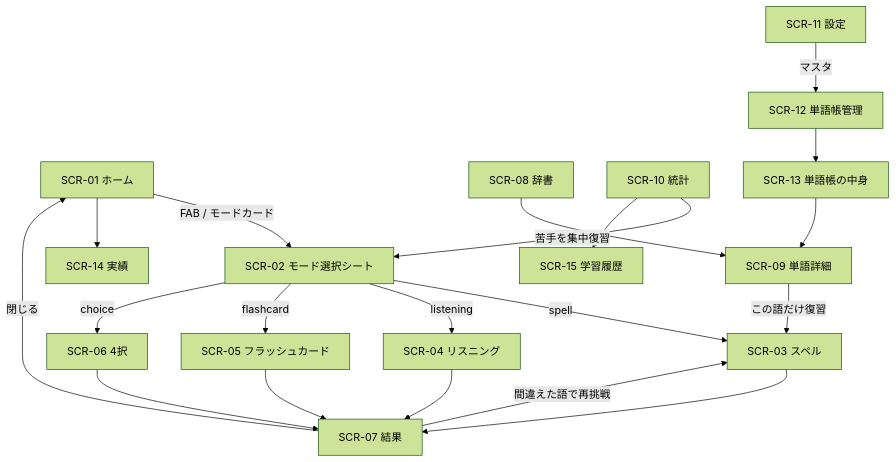
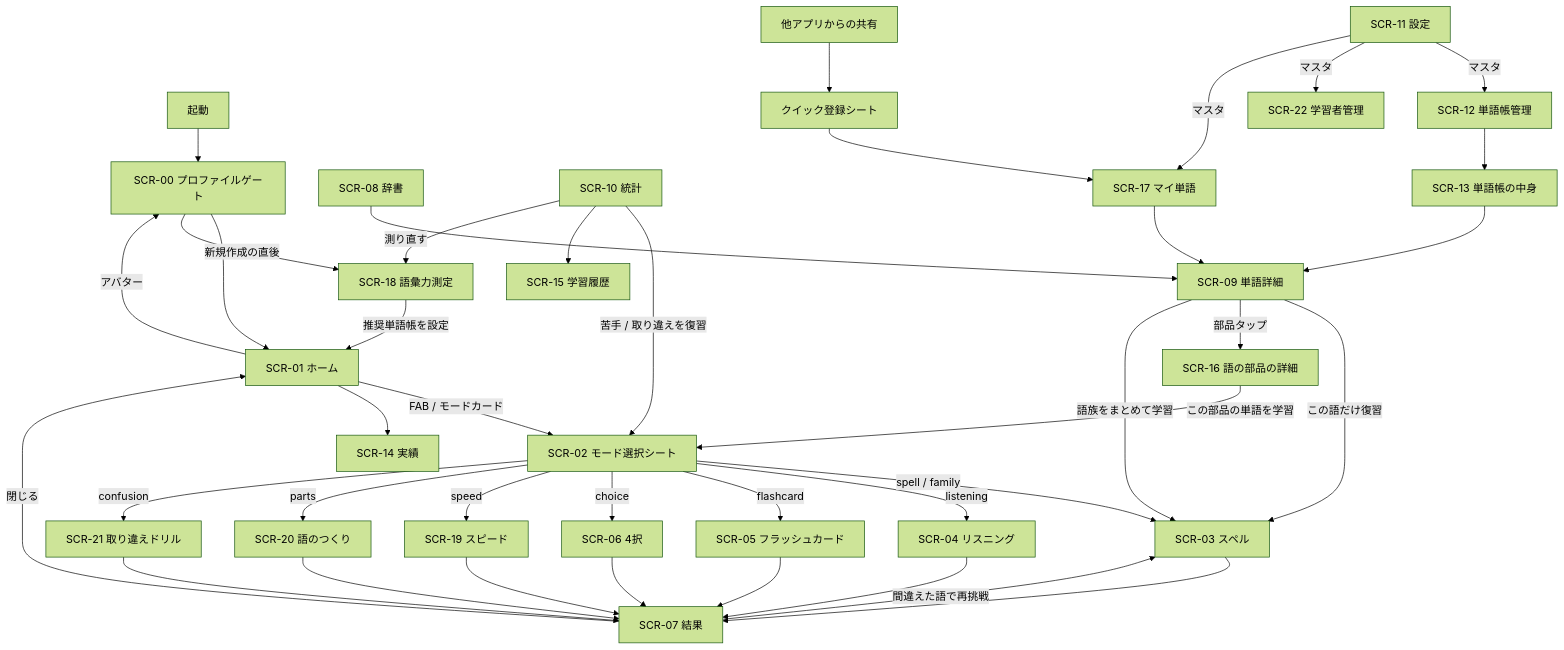
One commit to t2k2pp/encello changed the first of 2 diagrams in Docs/04_screens_and_flows.md. Above: the diagram before and after it, drawn with Mermaid (forest theme). The commit also changed other lines of this file and 29 other files, not shown here.

````diff
--- a/Docs/04_screens_and_flows.md
+++ b/Docs/04_screens_and_flows.md
@@ -42,22 +51,41 @@
 ```mermaid
 flowchart TD
-  SCR01[SCR-01 ホーム] -->|FAB / モードカード| SCR02[SCR-02 モード選択シート]
-  SCR02 -->|spell| SCR03[SCR-03 スペル]
+  BOOT[起動] --> SCR00[SCR-00 プロファイルゲート]
+  SCR00 --> SCR01[SCR-01 ホーム]
+  SCR00 -->|新規作成の直後| SCR18[SCR-18 語彙力測定]
+  SCR18 -->|推奨単語帳を設定| SCR01
+  SCR01 -->|アバター| SCR00
+  SCR01 -->|FAB / モードカード| SCR02[SCR-02 モード選択シート]
+  SCR02 -->|spell / family| SCR03[SCR-03 スペル]
   SCR02 -->|listening| SCR04[SCR-04 リスニング]
   SCR02 -->|flashcard| SCR05[SCR-05 フラッシュカード]
   SCR02 -->|choice| SCR06[SCR-06 4択]
+  SCR02 -->|speed| SCR19[SCR-19 スピード]
+  SCR02 -->|parts| SCR20[SCR-20 語のつくり]
+  SCR02 -->|confusion| SCR21[SCR-21 取り違えドリル]
   SCR03 --> SCR07[SCR-07 結果]
   SCR04 --> SCR07
   SCR05 --> SCR07
   SCR06 --> SCR07
+  SCR19 --> SCR07
+  SCR20 --> SCR07
+  SCR21 --> SCR07
   SCR07 -->|間違えた語で再挑戦| SCR03
   SCR07 -->|閉じる| SCR01
   SCR01 --> SCR14[SCR-14 実績]
   SCR08[SCR-08 辞書] --> SCR09[SCR-09 単語詳細]
   SCR09 -->|この語だけ復習| SCR03
-  SCR10[SCR-10 統計] -->|苦手を集中復習| SCR02
+  SCR09 -->|部品タップ| SCR16[SCR-16 語の部品の詳細]
+  SCR09 -->|語族をまとめて学習| SCR03
+  SCR16 -->|この部品の単語を学習| SCR02
+  SCR10[SCR-10 統計] -->|苦手 / 取り違えを復習| SCR02
   SCR10 --> SCR15[SCR-15 学習履歴]
+  SCR10 -->|測り直す| SCR18
   SCR11[SCR-11 設定] -->|マスタ| SCR12[SCR-12 単語帳管理]
+  SCR11 -->|マスタ| SCR22[SCR-22 学習者管理]
+  SCR11 -->|マスタ| SCR17[SCR-17 マイ単語]
   SCR12 --> SCR13[SCR-13 単語帳の中身]
   SCR13 --> SCR09
+  SCR17 --> SCR09
+  SHARE[他アプリからの共有] --> QADD[クイック登録シート] --> SCR17
 ```
````
